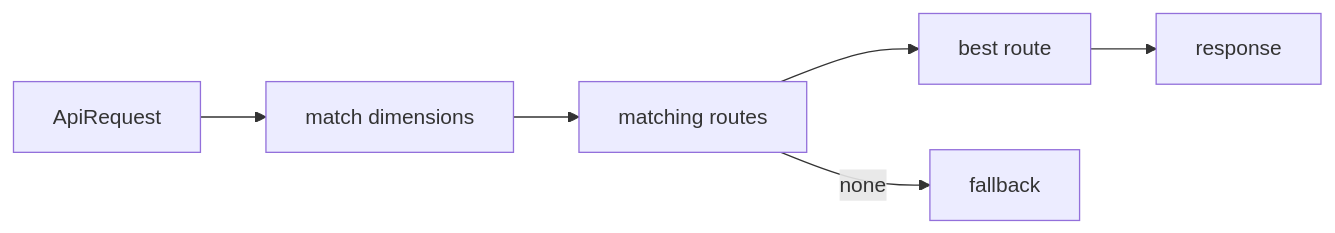
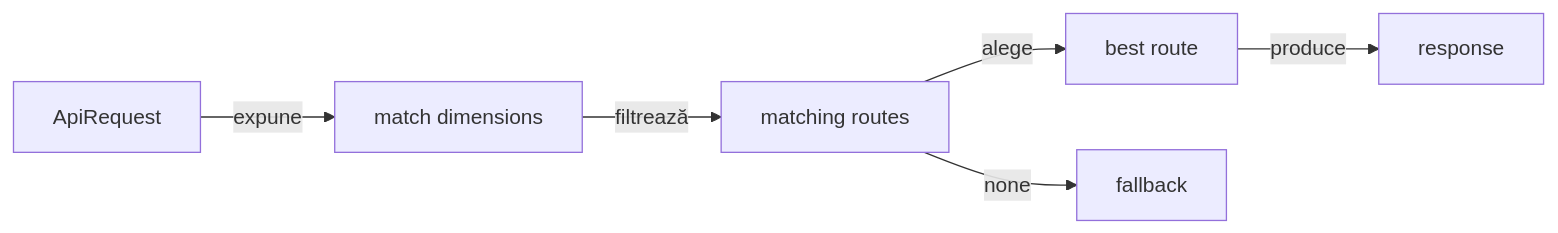
The third of 3 diagrams in atf-mock/README.md (crististefanita/demo2), drawn with Mermaid before and after one commit. The commit also changed other lines of this file and 102 other files, not shown here.

````diff
--- a/atf-mock/README.md
+++ b/atf-mock/README.md
@@ -126,8 +126,8 @@
 ```mermaid
 flowchart LR
-    Request["ApiRequest"] --> Dimensions["match dimensions"]
-    Dimensions --> Candidate["matching routes"]
-    Candidate --> Specific["best route"]
-    Specific --> Response["response"]
+    Request["ApiRequest"] -->|expune| Dimensions["match dimensions"]
+    Dimensions -->|filtrează| Candidate["matching routes"]
+    Candidate -->|alege| Specific["best route"]
+    Specific -->|produce| Response["response"]
     Candidate -->|"none"| Fallback["fallback"]
 ```
````
